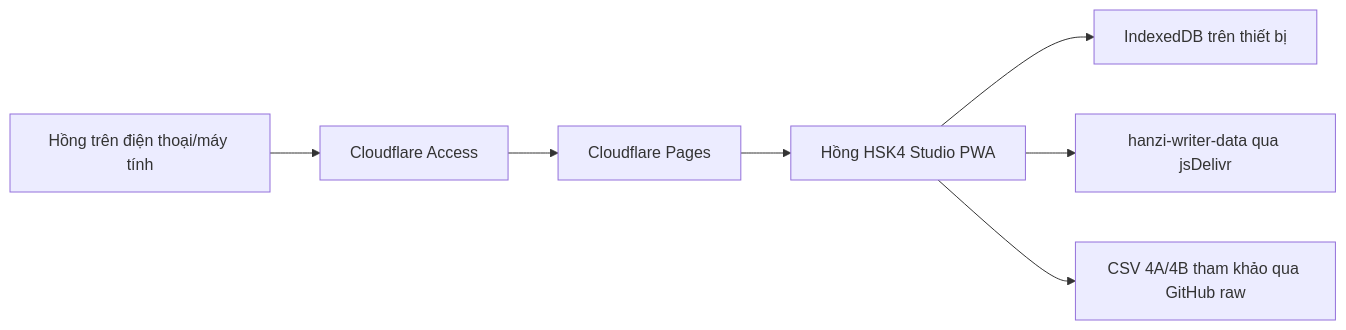
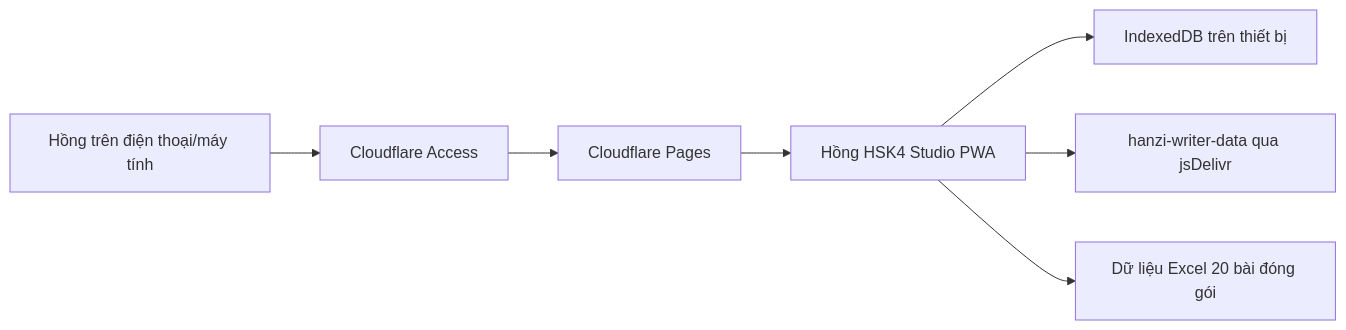
The diagram in docs/deployment/README.md (meiiie/hong_hsk), drawn with Mermaid before and after one commit. The commit also changed other lines of this file and 14 other files, not shown here.

````diff
--- a/docs/deployment/README.md
+++ b/docs/deployment/README.md
@@ -22,9 +22,9 @@
 ```mermaid
 flowchart LR
   Learner["Hồng trên điện thoại/máy tính"] --> Access["Cloudflare Access"]
   Access --> Pages["Cloudflare Pages"]
   Pages --> PWA["Hồng HSK4 Studio PWA"]
   PWA --> IDB["IndexedDB trên thiết bị"]
   PWA --> Hanzi["hanzi-writer-data qua jsDelivr"]
-  PWA --> CSV["CSV 4A/4B tham khảo qua GitHub raw"]
+  PWA --> DATA["Dữ liệu Excel 20 bài đóng gói"]
 ```
````
